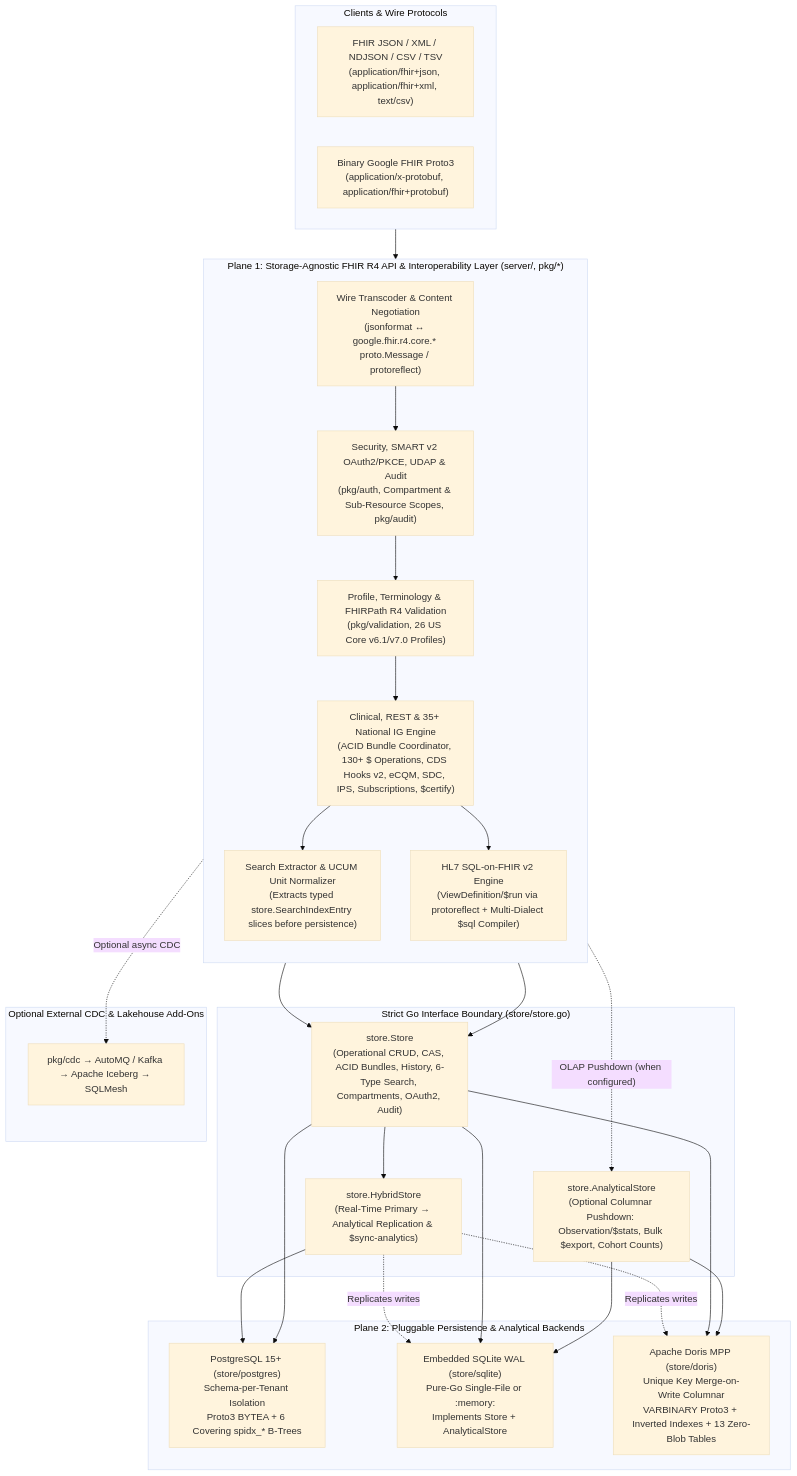
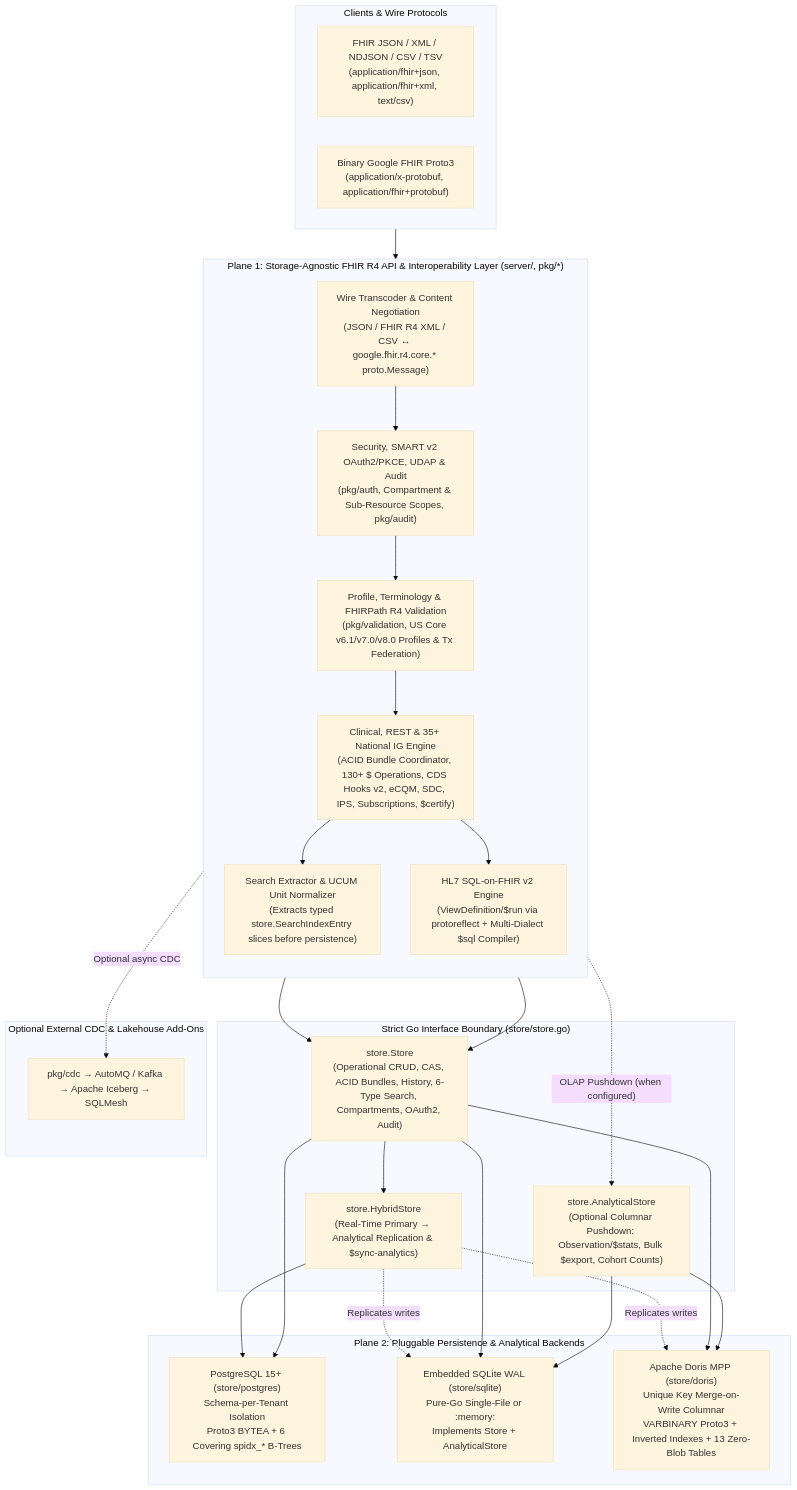
Before and after one commit to flint-fhir/flint: the diagram in docs/architecture.md, drawn with Mermaid (base theme). The commit also changed other lines of this file and 22 other files, not shown here.

````diff
--- a/docs/architecture.md
+++ b/docs/architecture.md
@@ -14,52 +14,52 @@
 ```mermaid
 flowchart TB
   subgraph Clients["Clients & Wire Protocols"]
     JSON["FHIR JSON / XML / NDJSON / CSV / TSV\n(application/fhir+json, application/fhir+xml, text/csv)"]
     PROTO["Binary Google FHIR Proto3\n(application/x-protobuf, application/fhir+protobuf)"]
   end
 
   subgraph APILayer["Plane 1: Storage-Agnostic FHIR R4 API & Interoperability Layer (server/, pkg/*)"]
     direction TB
-    Wire["Wire Transcoder & Content Negotiation\n(jsonformat ↔ google.fhir.r4.core.* proto.Message / protoreflect)"]
+    Wire["Wire Transcoder & Content Negotiation\n(JSON / FHIR R4 XML / CSV ↔ google.fhir.r4.core.* proto.Message)"]
     Auth["Security, SMART v2 OAuth2/PKCE, UDAP & Audit\n(pkg/auth, Compartment & Sub-Resource Scopes, pkg/audit)"]
-    Validate["Profile, Terminology & FHIRPath R4 Validation\n(pkg/validation, 26 US Core v6.1/v7.0 Profiles)"]
+    Validate["Profile, Terminology & FHIRPath R4 Validation\n(pkg/validation, US Core v6.1/v7.0/v8.0 Profiles & Tx Federation)"]
     Clinical["Clinical, REST & 35+ National IG Engine\n(ACID Bundle Coordinator, 130+ $ Operations, CDS Hooks v2, eCQM, SDC, IPS, Subscriptions, $certify)"]
     Extract["Search Extractor & UCUM Unit Normalizer\n(Extracts typed store.SearchIndexEntry slices before persistence)"]
     SOF["HL7 SQL-on-FHIR v2 Engine\n(ViewDefinition/$run via protoreflect + Multi-Dialect $sql Compiler)"]
 
     Wire --> Auth --> Validate --> Clinical
     Clinical --> Extract
     Clinical --> SOF
   end
 
   subgraph Boundary["Strict Go Interface Boundary (store/store.go)"]
     StoreIF["store.Store\n(Operational CRUD, CAS, ACID Bundles, History, 6-Type Search, Compartments, OAuth2, Audit)"]
     AnalyticsIF["store.AnalyticalStore\n(Optional Columnar Pushdown: Observation/$stats, Bulk $export, Cohort Counts)"]
     Hybrid["store.HybridStore\n(Real-Time Primary → Analytical Replication & $sync-analytics)"]
   end
 
   subgraph StoragePlane["Plane 2: Pluggable Persistence & Analytical Backends"]
     PG["PostgreSQL 15+ (store/postgres)\nSchema-per-Tenant Isolation\nProto3 BYTEA + 6 Covering spidx_* B-Trees"]
     SQLite["Embedded SQLite WAL (store/sqlite)\nPure-Go Single-File or :memory:\nImplements Store + AnalyticalStore"]
     Doris["Apache Doris MPP (store/doris)\nUnique Key Merge-on-Write Columnar\nVARBINARY Proto3 + Inverted Indexes + 13 Zero-Blob Tables"]
   end
 
   subgraph AddOns["Optional External CDC & Lakehouse Add-Ons"]
     CDC["pkg/cdc → AutoMQ / Kafka → Apache Iceberg → SQLMesh"]
   end
 
   Clients --> Wire
   Extract --> StoreIF
   Clinical --> StoreIF
   Clinical -. "OLAP Pushdown (when configured)" .-> AnalyticsIF
   StoreIF --> Hybrid
   Hybrid --> PG
   Hybrid -. "Replicates writes" .-> Doris
   Hybrid -. "Replicates writes" .-> SQLite
   StoreIF --> PG
   StoreIF --> SQLite
   StoreIF --> Doris
   AnalyticsIF --> Doris
   AnalyticsIF --> SQLite
   APILayer -. "Optional async CDC" .-> CDC
 ```
````
